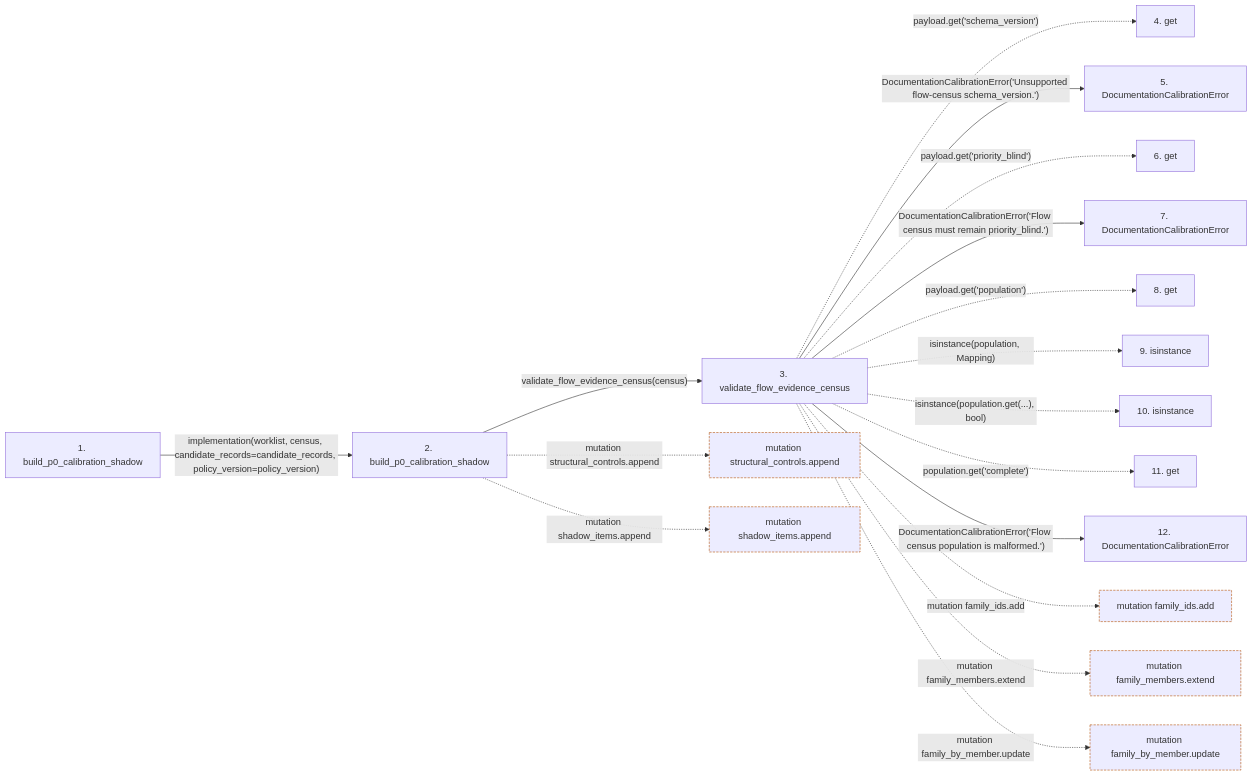
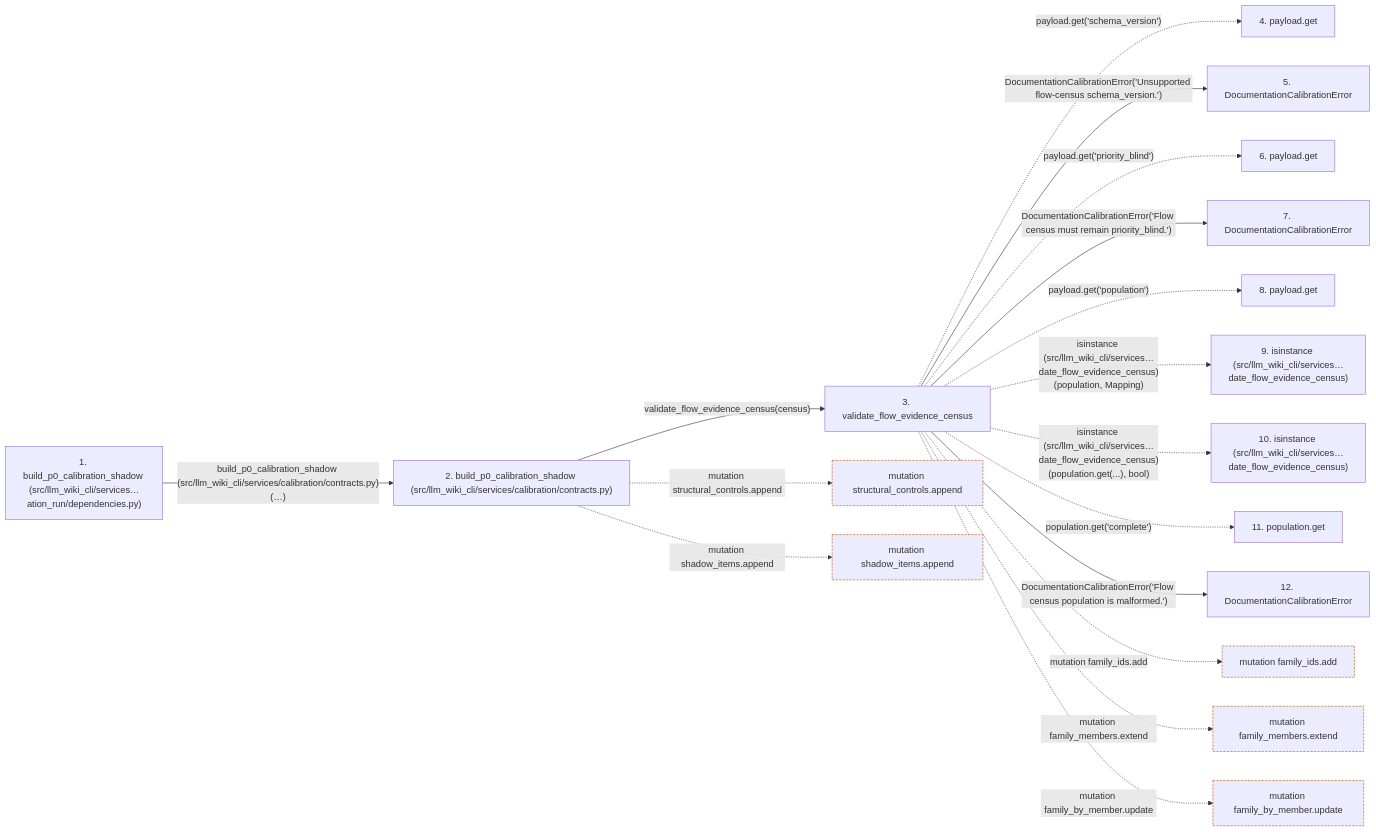
Before and after one commit to Denissvgn/python-wiki-llm: the second of 2 diagrams in docs/llm_wiki/flows/api-build_p0_calibration_shadow.md, drawn with Mermaid. The commit also changed other lines of this file and 719 other files, not shown here.

````diff
--- a/docs/llm_wiki/flows/api-build_p0_calibration_shadow.md
+++ b/docs/llm_wiki/flows/api-build_p0_calibration_shadow.md
@@ -54,48 +57,48 @@
 ```mermaid
 flowchart LR
-    s1["1. build_p0_calibration_shadow"]
-    s2["2. build_p0_calibration_shadow"]
+    s1["1. build_p0_calibration_shadow (src/llm_wiki_cli/services…ation_run/dependencies.py)"]
+    s2["2. build_p0_calibration_shadow (src/llm_wiki_cli/services/calibration/contracts.py)"]
     s3["3. validate_flow_evidence_census"]
-    s4["4. get"]
+    s4["4. payload.get"]
     s5["5. DocumentationCalibrationError"]
-    s6["6. get"]
+    s6["6. payload.get"]
     s7["7. DocumentationCalibrationError"]
-    s8["8. get"]
-    s9["9. isinstance"]
-    s10["10. isinstance"]
-    s11["11. get"]
+    s8["8. payload.get"]
+    s9["9. isinstance (src/llm_wiki_cli/services…date_flow_evidence_census)"]
+    s10["10. isinstance (src/llm_wiki_cli/services…date_flow_evidence_census)"]
+    s11["11. population.get"]
     s12["12. DocumentationCalibrationError"]
-    s1 -->|"implementation(worklist, census, candidate_records=candidate_records, policy_version=policy_version)"| s2
+    s1 -->|"build_p0_calibration_shadow (src/llm_wiki_cli/services/calibration/contracts.py)(…)"| s2
     s2 -->|"validate_flow_evidence_census(census)"| s3
     s3 -. "payload.get('schema_version')" .-> s4
     s3 -->|"DocumentationCalibrationError('Unsupported flow-census schema_version.')"| s5
     s3 -. "payload.get('priority_blind')" .-> s6
     s3 -->|"DocumentationCalibrationError('Flow census must remain priority_blind.')"| s7
     s3 -. "payload.get('population')" .-> s8
-    s3 -. "isinstance(population, Mapping)" .-> s9
-    s3 -. "isinstance(population.get(...), bool)" .-> s10
+    s3 -. "isinstance (src/llm_wiki_cli/services…date_flow_evidence_census)(population, Mapping)" .-> s9
+    s3 -. "isinstance (src/llm_wiki_cli/services…date_flow_evidence_census)(population.get(...), bool)" .-> s10
     s3 -. "population.get('complete')" .-> s11
     s3 -->|"DocumentationCalibrationError('Flow census population is malformed.')"| s12
     b0["mutation structural_controls.append"]
     s2 -. "mutation structural_controls.append" .-> b0
     b1["mutation shadow_items.append"]
     s2 -. "mutation shadow_items.append" .-> b1
     b2["mutation family_ids.add"]
     s3 -. "mutation family_ids.add" .-> b2
     b3["mutation family_members.extend"]
     s3 -. "mutation family_members.extend" .-> b3
     b4["mutation family_by_member.update"]
     s3 -. "mutation family_by_member.update" .-> b4
     click s1 "../modules/documentation_run_dependencies.md"
     click s2 "../modules/calibration_contracts.md"
     click s3 "../modules/calibration_contracts.md"
     click s5 "../modules/calibration_contracts.md"
     click s7 "../modules/calibration_contracts.md"
     click s12 "../modules/calibration_contracts.md"
     classDef boundary stroke:#b45309,stroke-dasharray: 4 2
     class b0 boundary
     class b1 boundary
     class b2 boundary
     class b3 boundary
     class b4 boundary
 ```
````
